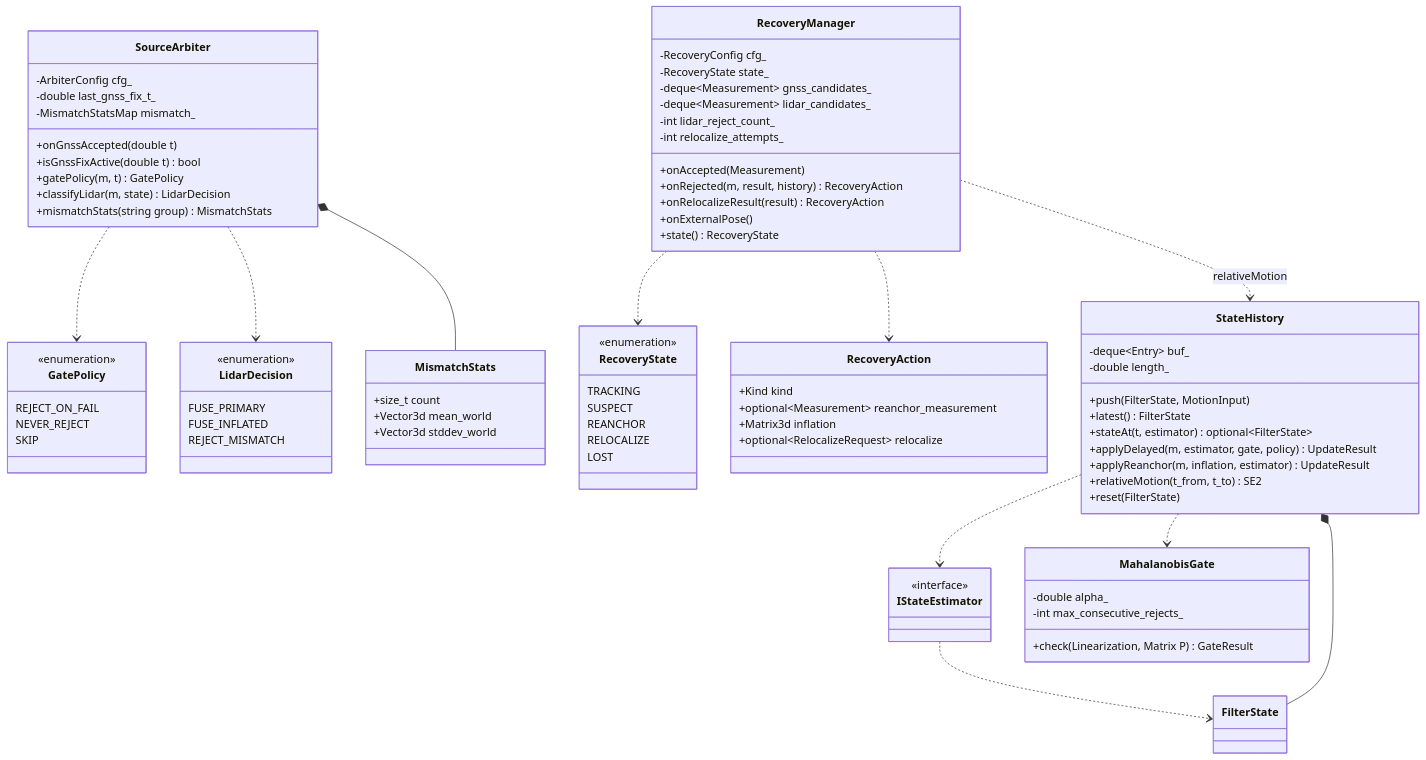
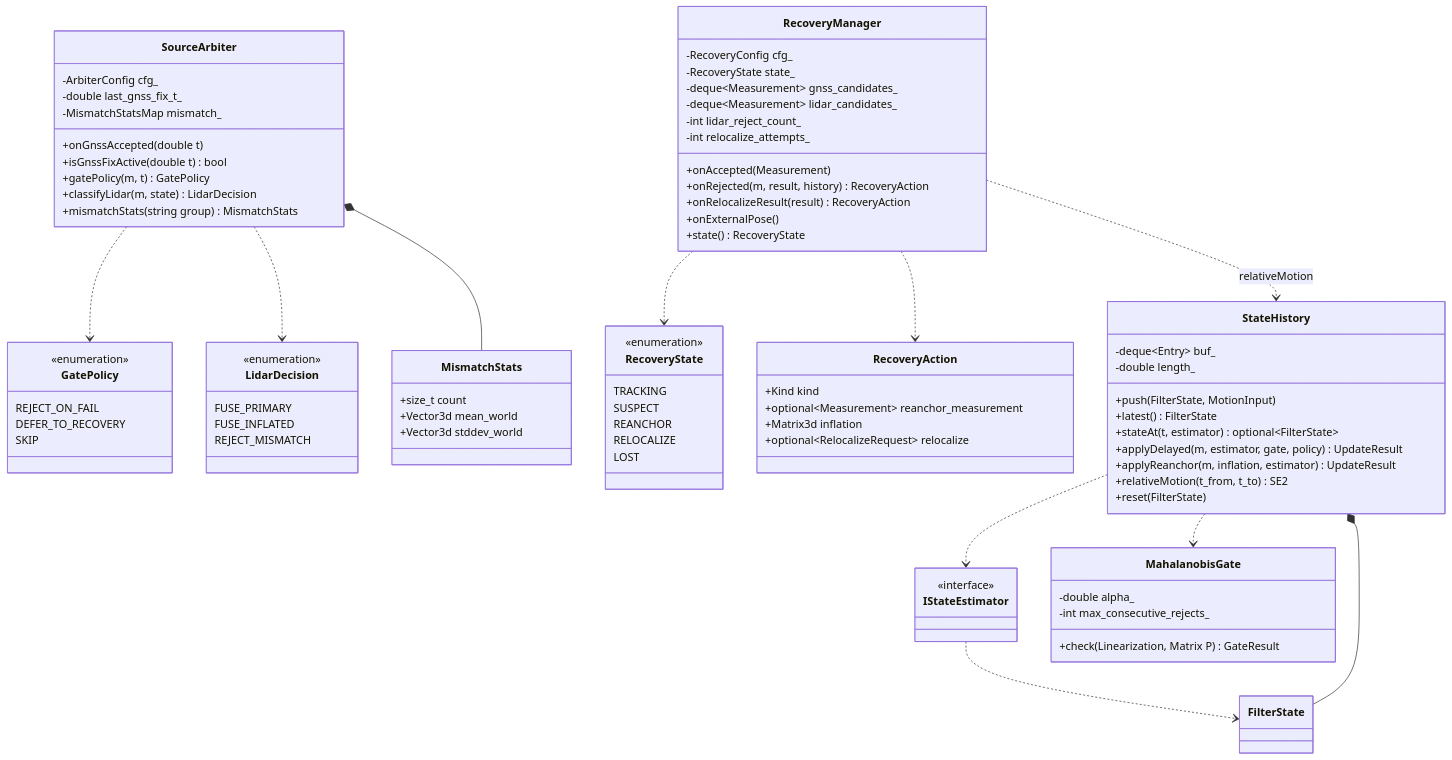
Before and after one commit to mamoru1126/gnss_and_lidar_localization: the sixth of 14 diagrams in docs/architecture.md, drawn with Mermaid. The commit also changed other lines of this file and 65 other files, not shown here.

```diff
--- a/docs/architecture.md
+++ b/docs/architecture.md
@@ -454,7 +454,7 @@
   class GatePolicy {
     <<enumeration>>
     REJECT_ON_FAIL
-    NEVER_REJECT
+    DEFER_TO_RECOVERY
     SKIP
   }
   class SourceArbiter {
```
